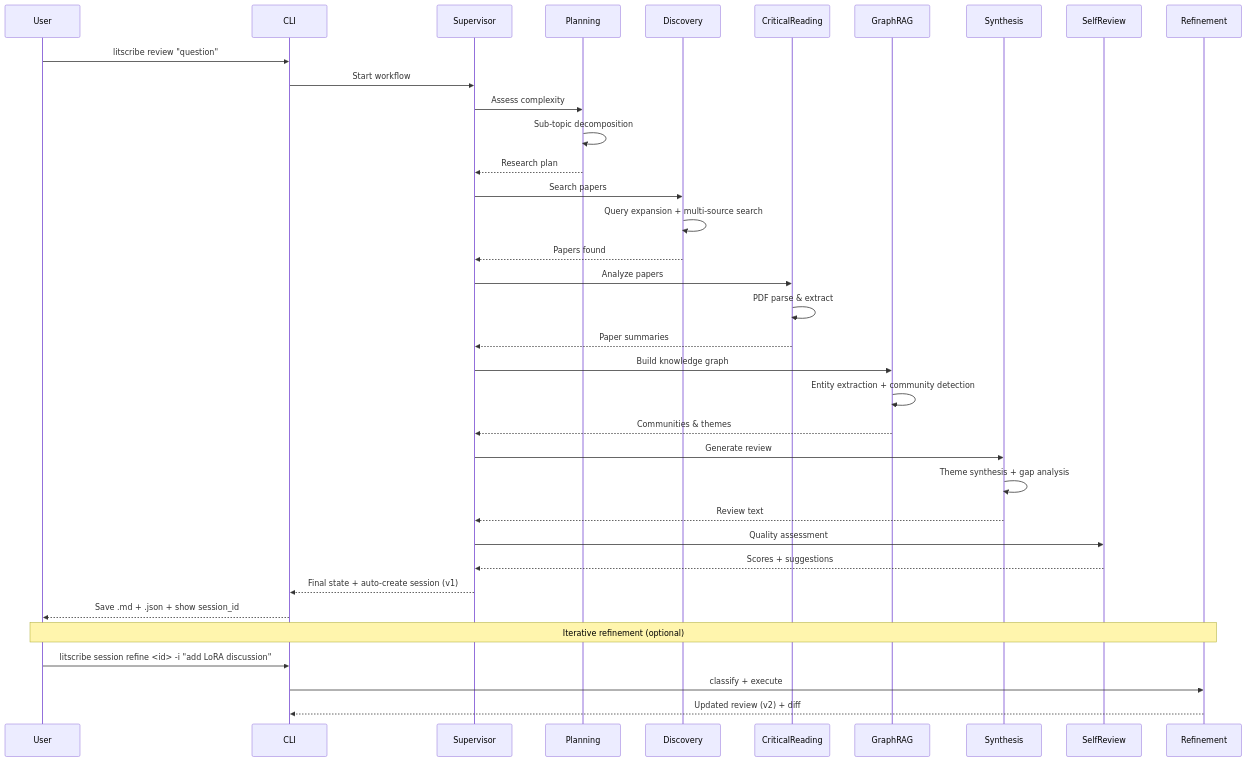
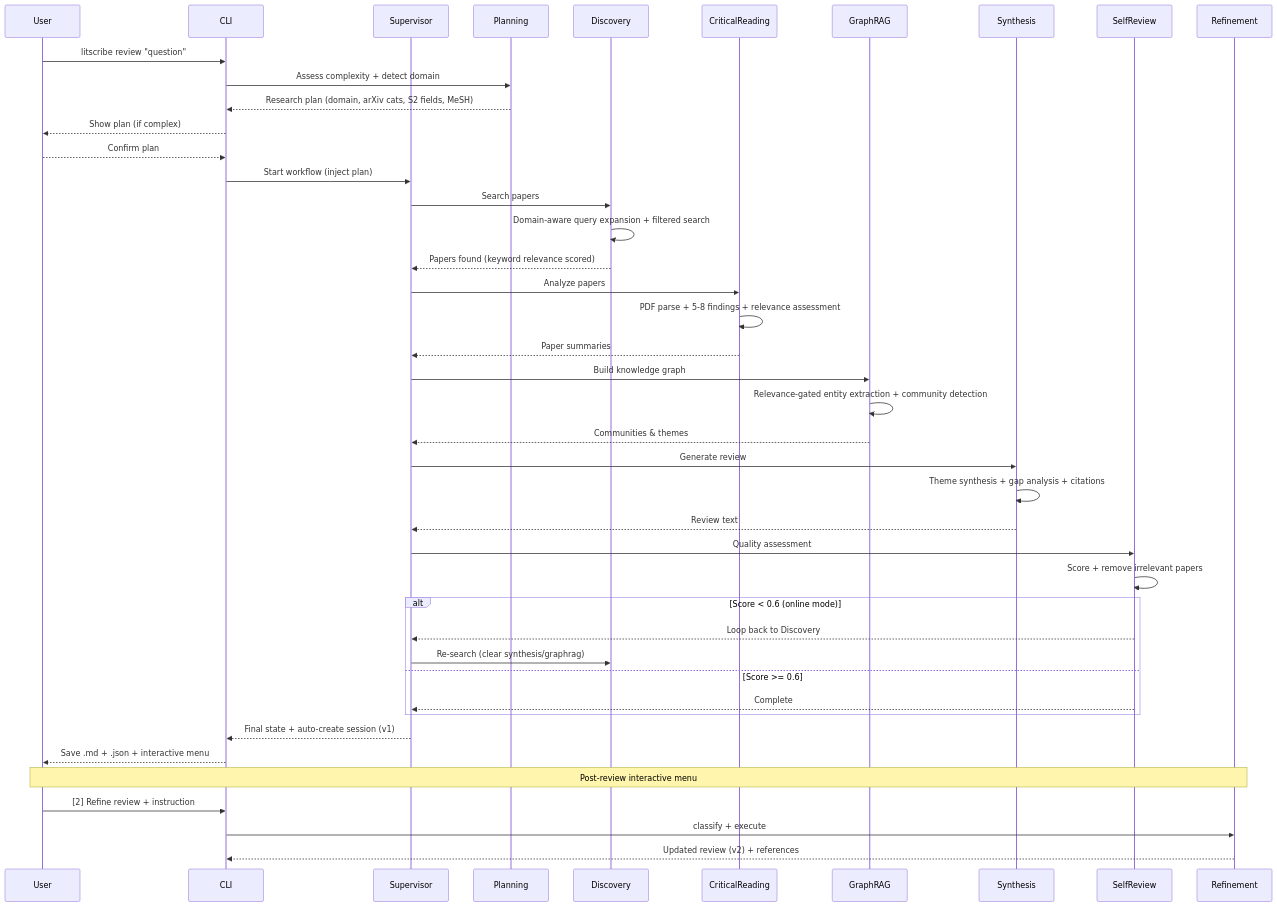
The diagram in README.md (arnold117/LitScribe), drawn with Mermaid before and after one commit. The commit also changed other lines of this file and 1 other file, not shown here.

First line of the commit message:
fix(cli): add refinement progress feedback and restore citations in output

````diff
--- a/README.md
+++ b/README.md
@@ -157,47 +164,56 @@
 ```mermaid
 sequenceDiagram
     participant User
     participant CLI
     participant Supervisor
     participant Planning
     participant Discovery
     participant CriticalReading
     participant GraphRAG
     participant Synthesis
     participant SelfReview
     participant Refinement
 
     User->>CLI: litscribe review "question"
-    CLI->>Supervisor: Start workflow
 
-    Supervisor->>Planning: Assess complexity
-    Planning->>Planning: Sub-topic decomposition
-    Planning-->>Supervisor: Research plan
+    CLI->>Planning: Assess complexity + detect domain
+    Planning-->>CLI: Research plan (domain, arXiv cats, S2 fields, MeSH)
+    CLI-->>User: Show plan (if complex)
+    User-->>CLI: Confirm plan
+
+    CLI->>Supervisor: Start workflow (inject plan)
 
     Supervisor->>Discovery: Search papers
-    Discovery->>Discovery: Query expansion + multi-source search
-    Discovery-->>Supervisor: Papers found
+    Discovery->>Discovery: Domain-aware query expansion + filtered search
+    Discovery-->>Supervisor: Papers found (keyword relevance scored)
 
     Supervisor->>CriticalReading: Analyze papers
-    CriticalReading->>CriticalReading: PDF parse & extract
+    CriticalReading->>CriticalReading: PDF parse + 5-8 findings + relevance assessment
     CriticalReading-->>Supervisor: Paper summaries
 
     Supervisor->>GraphRAG: Build knowledge graph
-    GraphRAG->>GraphRAG: Entity extraction + community detection
+    GraphRAG->>GraphRAG: Relevance-gated entity extraction + community detection
     GraphRAG-->>Supervisor: Communities & themes
 
     Supervisor->>Synthesis: Generate review
-    Synthesis->>Synthesis: Theme synthesis + gap analysis
+    Synthesis->>Synthesis: Theme synthesis + gap analysis + citations
     Synthesis-->>Supervisor: Review text
 
     Supervisor->>SelfReview: Quality assessment
-    SelfReview-->>Supervisor: Scores + suggestions
+    SelfReview->>SelfReview: Score + remove irrelevant papers
+
+    alt Score < 0.6 (online mode)
+        SelfReview-->>Supervisor: Loop back to Discovery
+        Supervisor->>Discovery: Re-search (clear synthesis/graphrag)
+    else Score >= 0.6
+        SelfReview-->>Supervisor: Complete
+    end
 
     Supervisor-->>CLI: Final state + auto-create session (v1)
-    CLI-->>User: Save .md + .json + show session_id
+    CLI-->>User: Save .md + .json + interactive menu
 
-    Note over User,Refinement: Iterative refinement (optional)
-    User->>CLI: litscribe session refine <id> -i "add LoRA discussion"
+    Note over User,Refinement: Post-review interactive menu
+    User->>CLI: [2] Refine review + instruction
     CLI->>Refinement: classify + execute
-    Refinement-->>CLI: Updated review (v2) + diff
+    Refinement-->>CLI: Updated review (v2) + references
 ```
````
